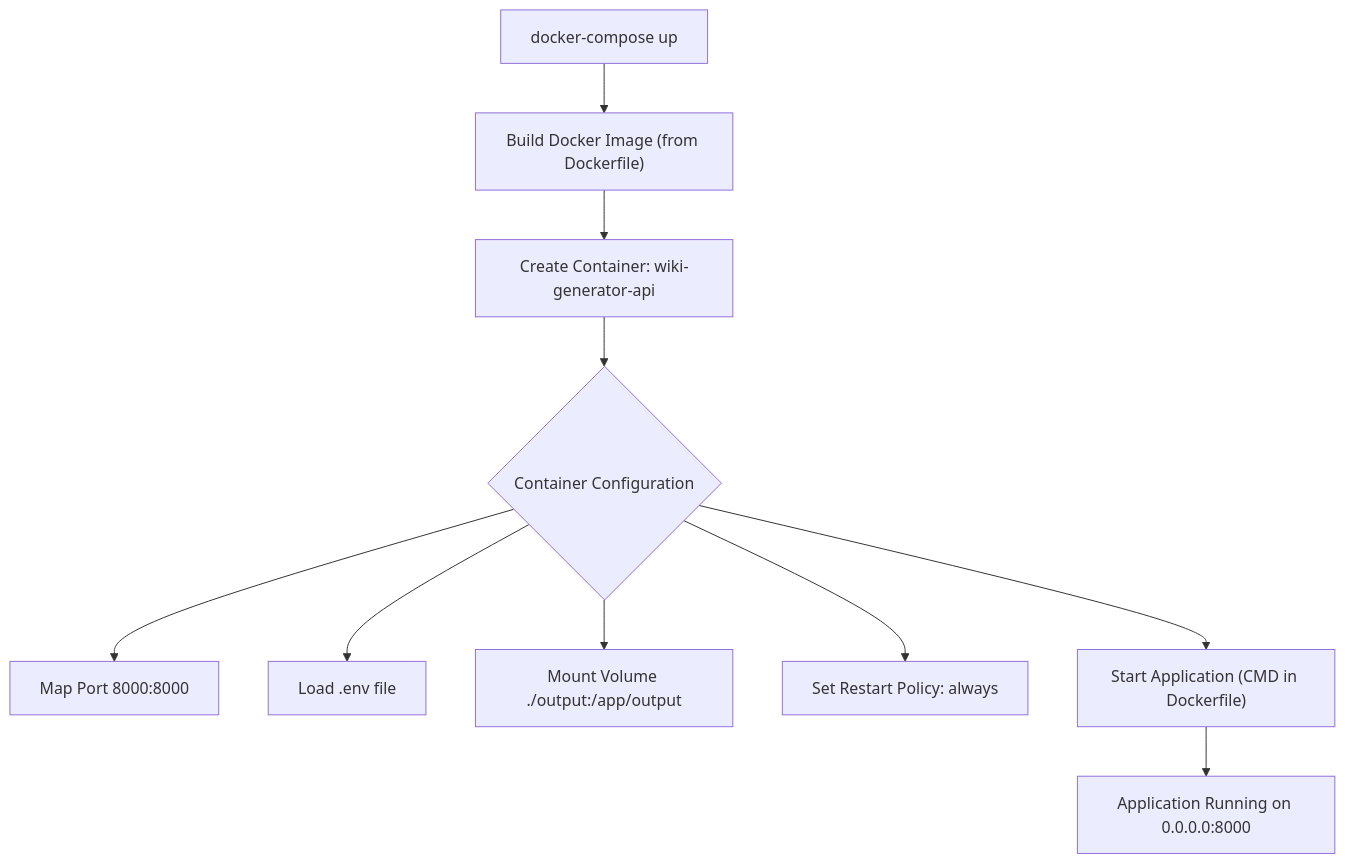
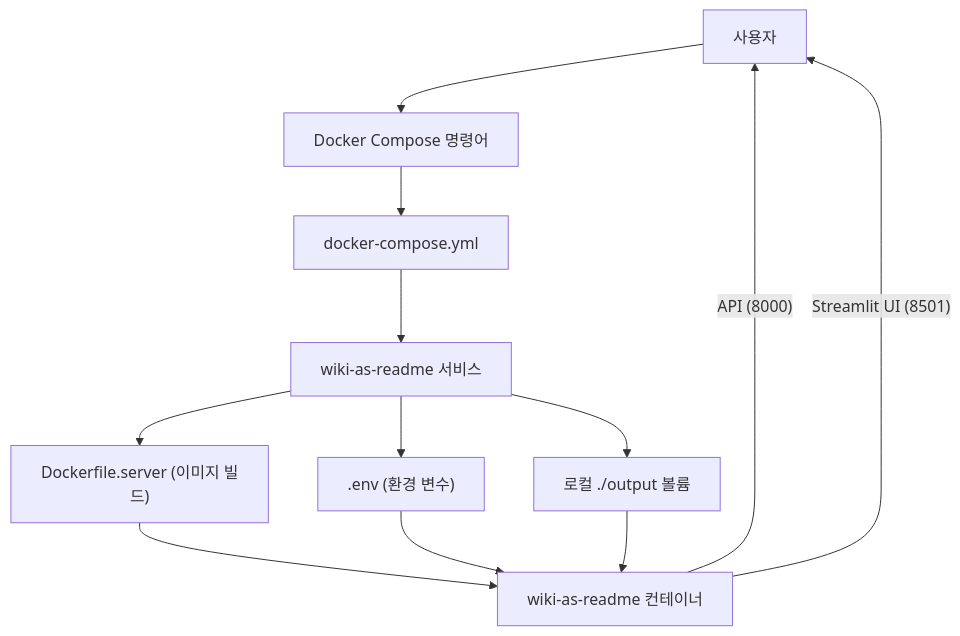
Before and after one commit to catuscio/wiki-as-readme: the sixth of 21 diagrams in examples/wiki_as_README.md, drawn with Mermaid. The commit also changed other lines of this file, not shown here.

Commit message:
docs: ✨Update examples/wiki_as_README.md via Wiki-As-Readme Action

````diff
--- a/examples/wiki_as_README.md
+++ b/examples/wiki_as_README.md
@@ -1043,12 +747,14 @@
 ```mermaid
 graph TD
-    A["docker-compose up"] --> B["Build Docker Image (from Dockerfile)"]
-    B --> C["Create Container: wiki-generator-api"]
-    C --> D{"Container Configuration"}
-    D --> D1["Map Port 8000:8000"]
-    D --> D2["Load .env file"]
-    D --> D3["Mount Volume ./output:/app/output"]
-    D --> D4["Set Restart Policy: always"]
-    D --> E["Start Application (CMD in Dockerfile)"]
-    E --> F["Application Running on 0.0.0.0:8000"]
+    A["사용자"] --> B["Docker Compose 명령어"];
+    B --> C["docker-compose.yml"];
+    C --> D["wiki-as-readme 서비스"];
+    D --> E["Dockerfile.server (이미지 빌드)"];
+    D --> F[".env (환경 변수)"];
+    D --> G["로컬 ./output 볼륨"];
+    E --> H["wiki-as-readme 컨테이너"];
+    F --> H;
+    G --> H;
+    H -- "API (8000)" --> A;
+    H -- "Streamlit UI (8501)" --> A;
 ```
````
